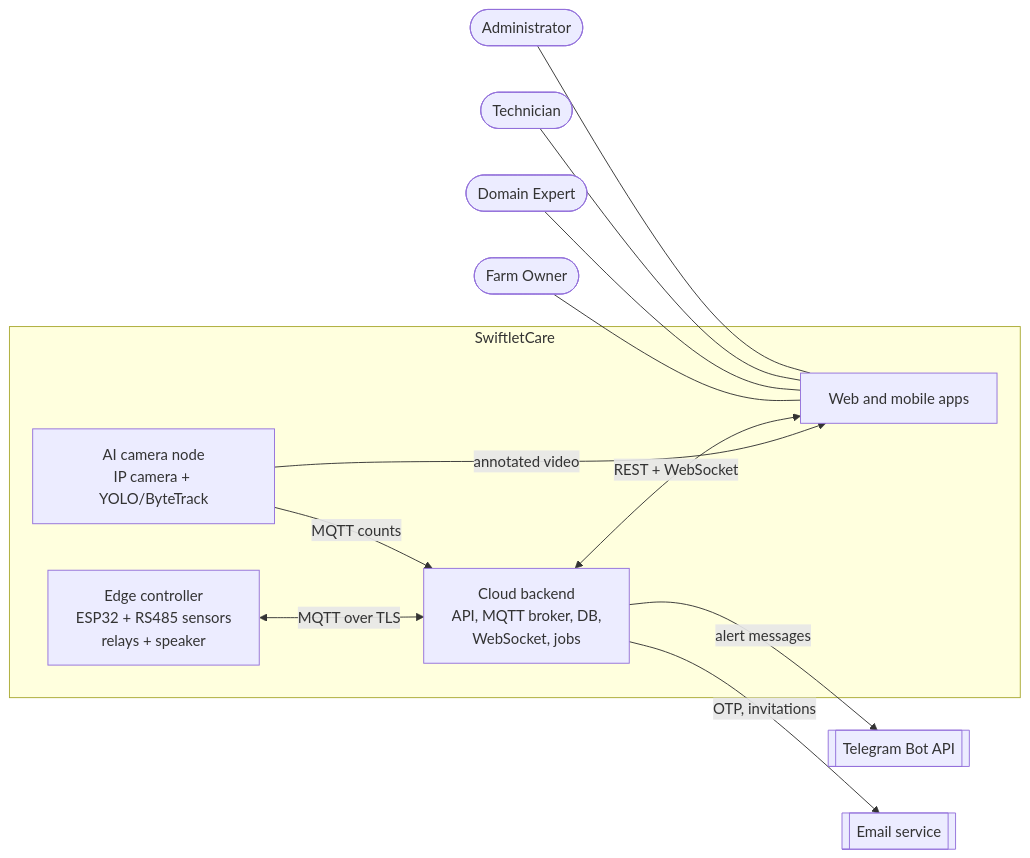
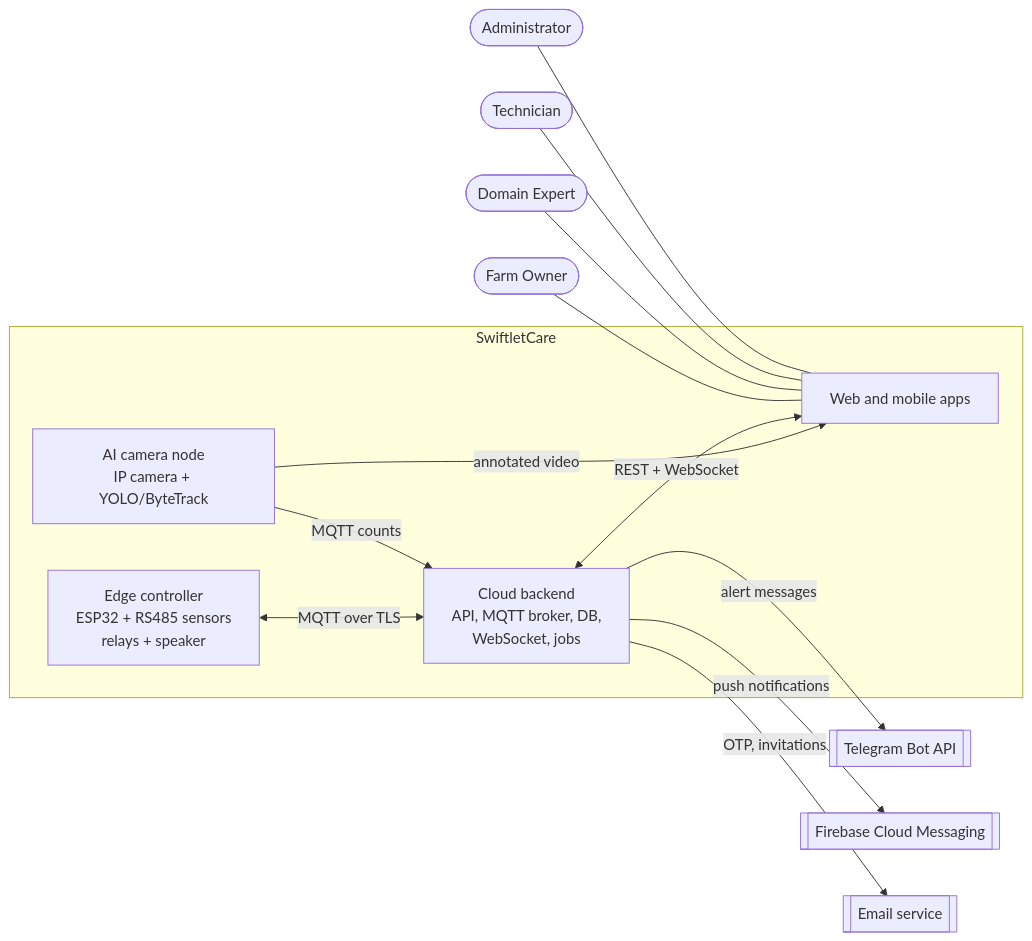
One commit to NBao261/SwiftletCare_KLTN changed the diagram in docs/reports/report3-srs.md. Above: the diagram before and after it, drawn with Mermaid. The commit also changed other lines of this file and 1 other file, not shown here.

First line of the commit message:
docs(srs): commit push and telegram, add system rules to report 3

````diff
--- a/docs/reports/report3-srs.md
+++ b/docs/reports/report3-srs.md
@@ -101,25 +101,27 @@
 ```mermaid
 flowchart LR
   FO([Farm Owner])
   DE([Domain Expert])
   TE([Technician])
   AD([Administrator])
   subgraph SC[SwiftletCare]
     ESP[Edge controller<br/>ESP32 + RS485 sensors<br/>relays + speaker]
     AI[AI camera node<br/>IP camera + YOLO/ByteTrack]
     BE[Cloud backend<br/>API, MQTT broker, DB,<br/>WebSocket, jobs]
     APP[Web and mobile apps]
   end
   TG[[Telegram Bot API]]
+  FCM[[Firebase Cloud Messaging]]
   MAIL[[Email service]]
   ESP <-- MQTT over TLS --> BE
   AI -- MQTT counts --> BE
   AI -- annotated video --> APP
   BE <-- REST + WebSocket --> APP
   BE -- alert messages --> TG
+  BE -- push notifications --> FCM
   BE -- OTP, invitations --> MAIL
   FO --- APP
   DE --- APP
   TE --- APP
   AD --- APP
 ```
````
